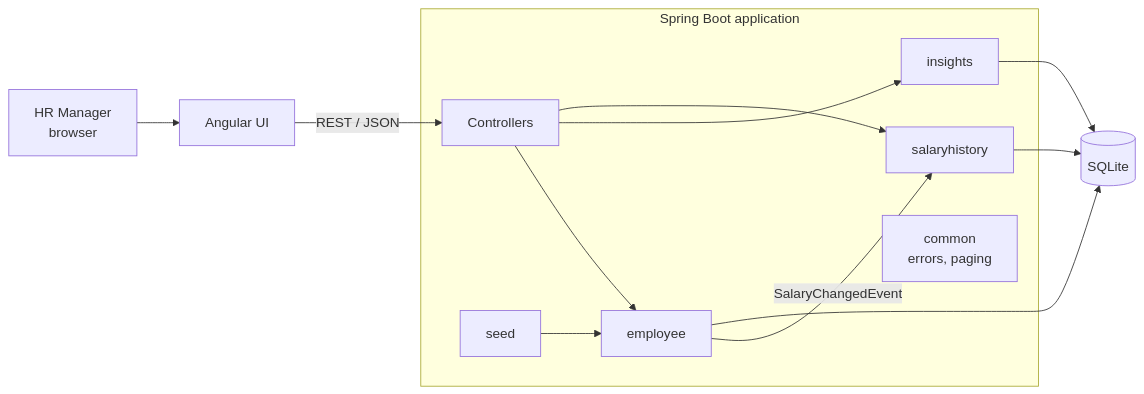
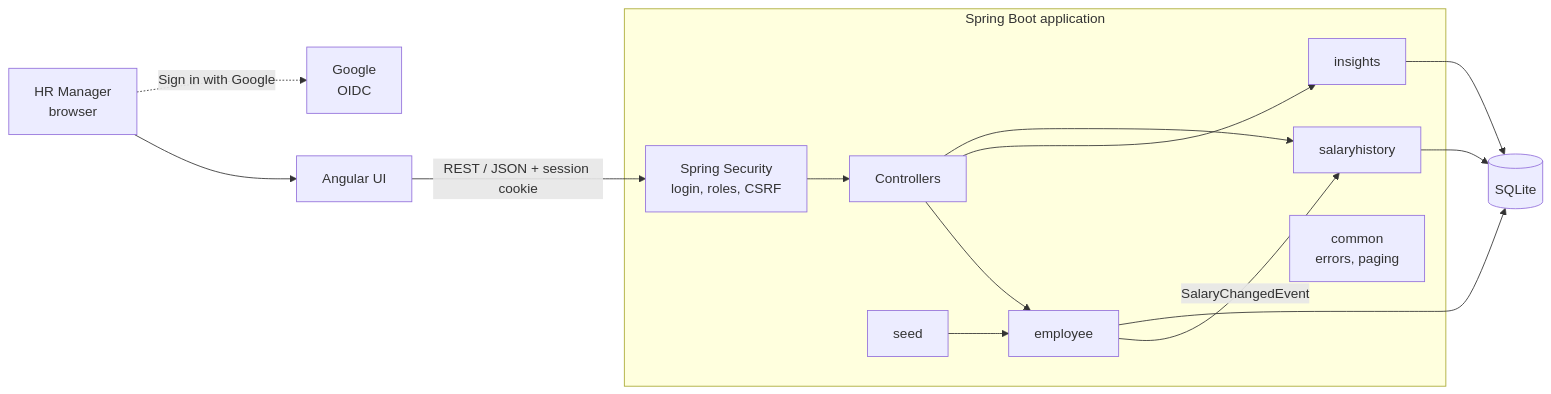
The first of 2 diagrams in docs/DESIGN.md (anjali-vijaykumar-dev/salary-management), drawn with Mermaid before and after one commit. The commit also changed other lines of this file and 3 other files, not shown here.

Commit message:
docs: document login, roles and security decisions

````diff
--- a/docs/DESIGN.md
+++ b/docs/DESIGN.md
@@ -7,18 +7,20 @@
 ```mermaid
 flowchart LR
     HR[HR Manager<br/>browser] --> UI[Angular UI]
-    UI -->|REST / JSON| API
+    HR -. Sign in with Google .-> G[Google<br/>OIDC]
+    UI -->|REST / JSON + session cookie| SEC
 
     subgraph App[Spring Boot application]
+        SEC[Spring Security<br/>login, roles, CSRF] --> API
         API[Controllers] --> EMP[employee]
         API --> INS[insights]
         API --> HIST[salaryhistory]
         EMP -- SalaryChangedEvent --> HIST
         SEED[seed] --> EMP
         COMMON[common<br/>errors, paging]
     end
 
     EMP --> DB[(SQLite)]
     INS --> DB
     HIST --> DB
 ```
````
